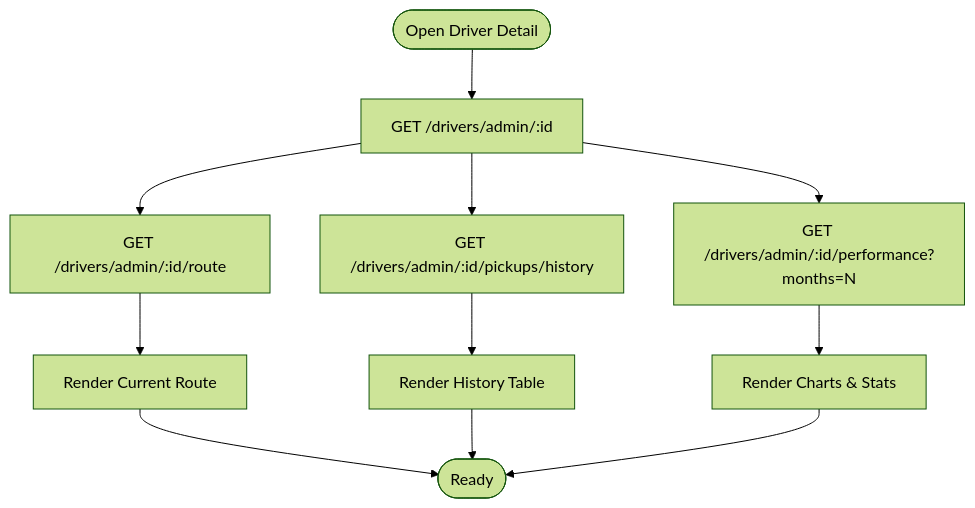
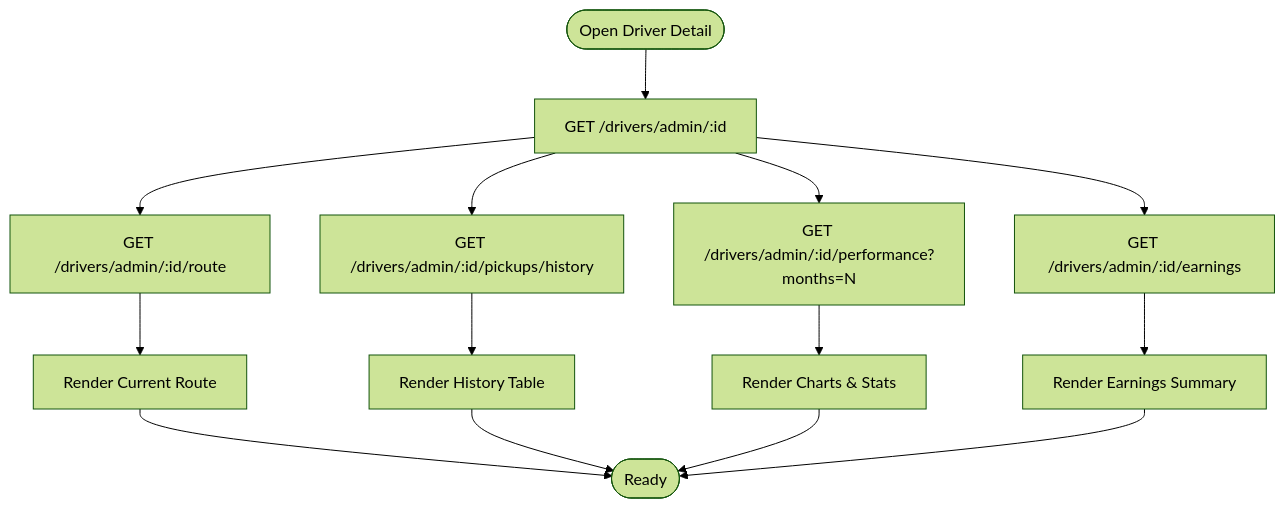
The fourth of 10 diagrams in .qoder/repowiki/en/content/Business Modules/Fleet Management.md (Lazynerd-Studios/lacarte-atlas-console), drawn with Mermaid (forest theme) before and after one commit. The commit also changed other lines of this file and 23 other files, not shown here.

````diff
--- a/.qoder/repowiki/en/content/Business Modules/Fleet Management.md
+++ b/.qoder/repowiki/en/content/Business Modules/Fleet Management.md
@@ -281,13 +299,16 @@
 ```mermaid
 flowchart TD
 Start([Open Driver Detail]) --> FetchProfile["GET /drivers/admin/:id"]
 FetchProfile --> FetchRoute["GET /drivers/admin/:id/route"]
 FetchProfile --> FetchHistory["GET /drivers/admin/:id/pickups/history"]
 FetchProfile --> FetchPerf["GET /drivers/admin/:id/performance?months=N"]
+FetchProfile --> FetchEarnings["GET /drivers/admin/:id/earnings"]
 FetchRoute --> RenderRoute["Render Current Route"]
 FetchHistory --> RenderHistory["Render History Table"]
 FetchPerf --> RenderPerf["Render Charts & Stats"]
+FetchEarnings --> RenderEarnings["Render Earnings Summary"]
 RenderRoute --> End([Ready])
 RenderHistory --> End
 RenderPerf --> End
+RenderEarnings --> End
 ```
````
